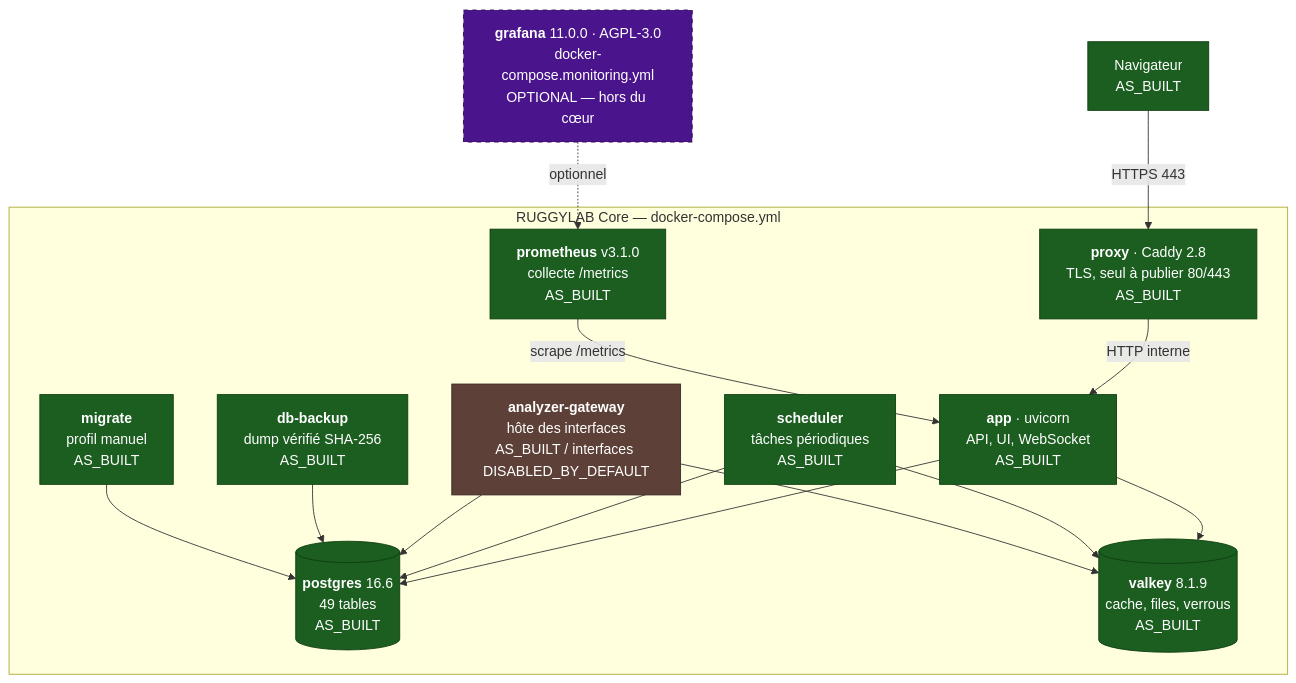
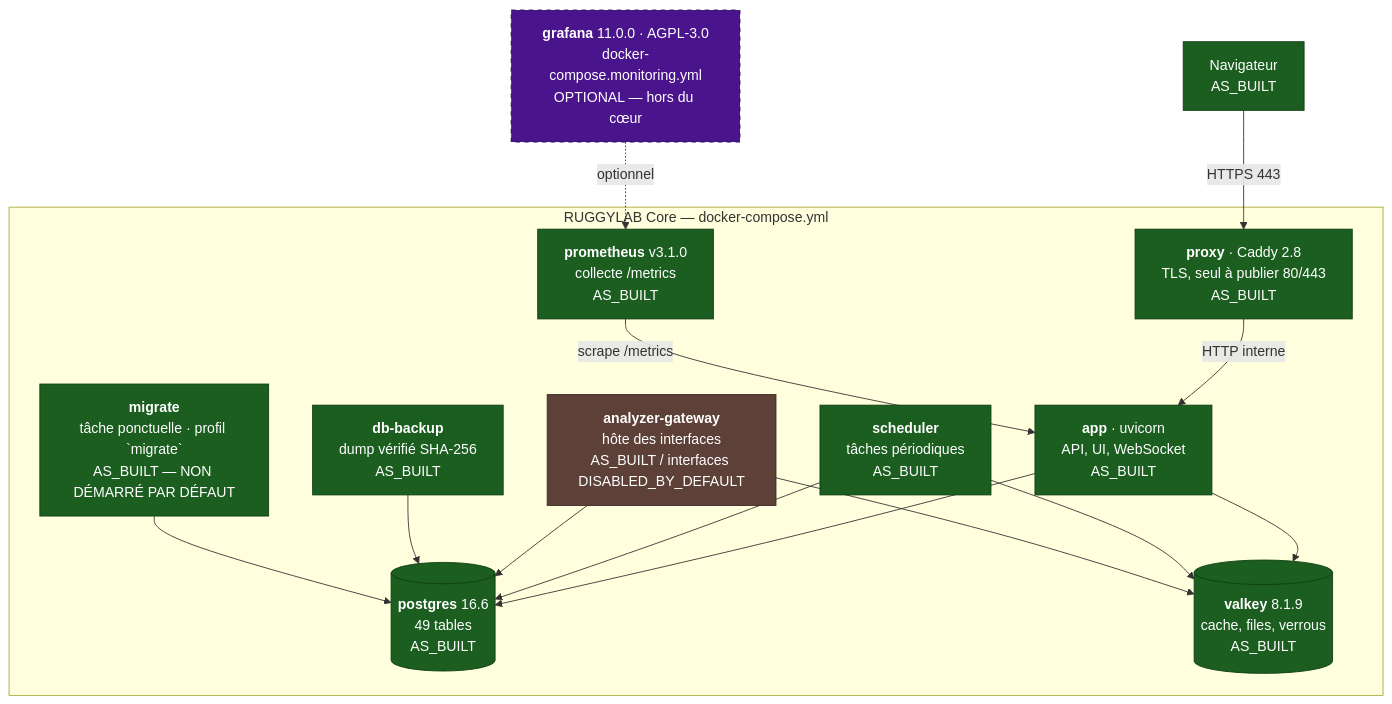
The second of 4 diagrams in docs/g0/C4.md (rommellnelson-ux/ruggylab-os), drawn with Mermaid before and after one commit. The commit also changed other lines of this file and 2 other files, not shown here.

````diff
--- a/docs/g0/C4.md
+++ b/docs/g0/C4.md
@@ -64,38 +64,38 @@
 ```mermaid
 graph TB
     NAV["Navigateur<br/>AS_BUILT"]
 
     subgraph CORE["RUGGYLAB Core — docker-compose.yml"]
         PROXY["<b>proxy</b> · Caddy 2.8<br/>TLS, seul à publier 80/443<br/>AS_BUILT"]
         APP["<b>app</b> · uvicorn<br/>API, UI, WebSocket<br/>AS_BUILT"]
         SCHED["<b>scheduler</b><br/>tâches périodiques<br/>AS_BUILT"]
         GW["<b>analyzer-gateway</b><br/>hôte des interfaces<br/>AS_BUILT / interfaces DISABLED_BY_DEFAULT"]
         PG[("<b>postgres</b> 16.6<br/>49 tables<br/>AS_BUILT")]
         VK[("<b>valkey</b> 8.1.9<br/>cache, files, verrous<br/>AS_BUILT")]
         PROM["<b>prometheus</b> v3.1.0<br/>collecte /metrics<br/>AS_BUILT"]
         BKP["<b>db-backup</b><br/>dump vérifié SHA-256<br/>AS_BUILT"]
-        MIG["<b>migrate</b><br/>profil manuel<br/>AS_BUILT"]
+        MIG["<b>migrate</b><br/>tâche ponctuelle · profil `migrate`<br/>AS_BUILT — NON DÉMARRÉ PAR DÉFAUT"]
     end
 
     GRAF["<b>grafana</b> 11.0.0 · AGPL-3.0<br/>docker-compose.monitoring.yml<br/>OPTIONAL — hors du cœur"]
 
     NAV -->|HTTPS 443| PROXY
     PROXY -->|HTTP interne| APP
     APP --> PG
     APP --> VK
     SCHED --> PG
     SCHED --> VK
     GW --> PG
     GW --> VK
     PROM -->|scrape /metrics| APP
     BKP --> PG
     MIG --> PG
     GRAF -.->|optionnel| PROM
 
     classDef asbuilt fill:#1b5e20,stroke:#0d3d10,color:#fff
     classDef optional fill:#4a148c,stroke:#2a0845,color:#fff,stroke-dasharray: 5 5
     classDef disabled fill:#5d4037,stroke:#3e2723,color:#fff
     class PROXY,APP,SCHED,PG,VK,PROM,BKP,MIG,NAV asbuilt
     class GW disabled
     class GRAF optional
 ```
````
